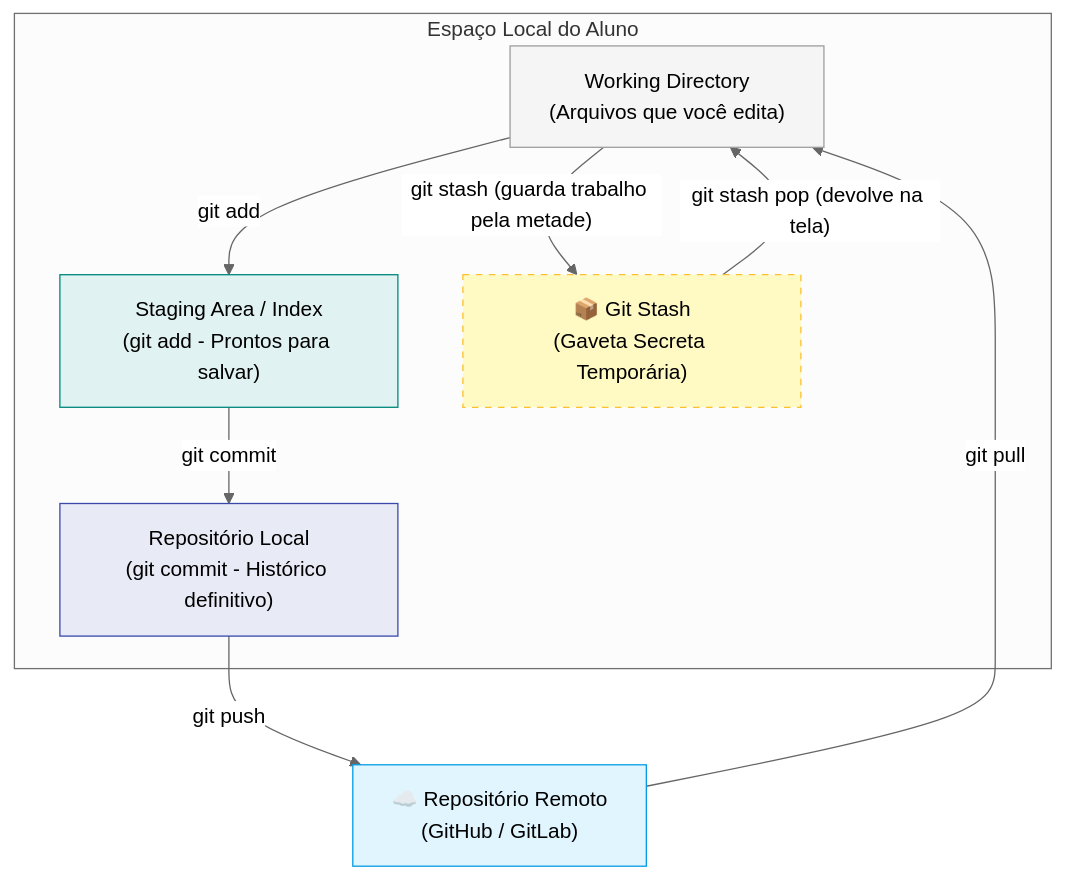
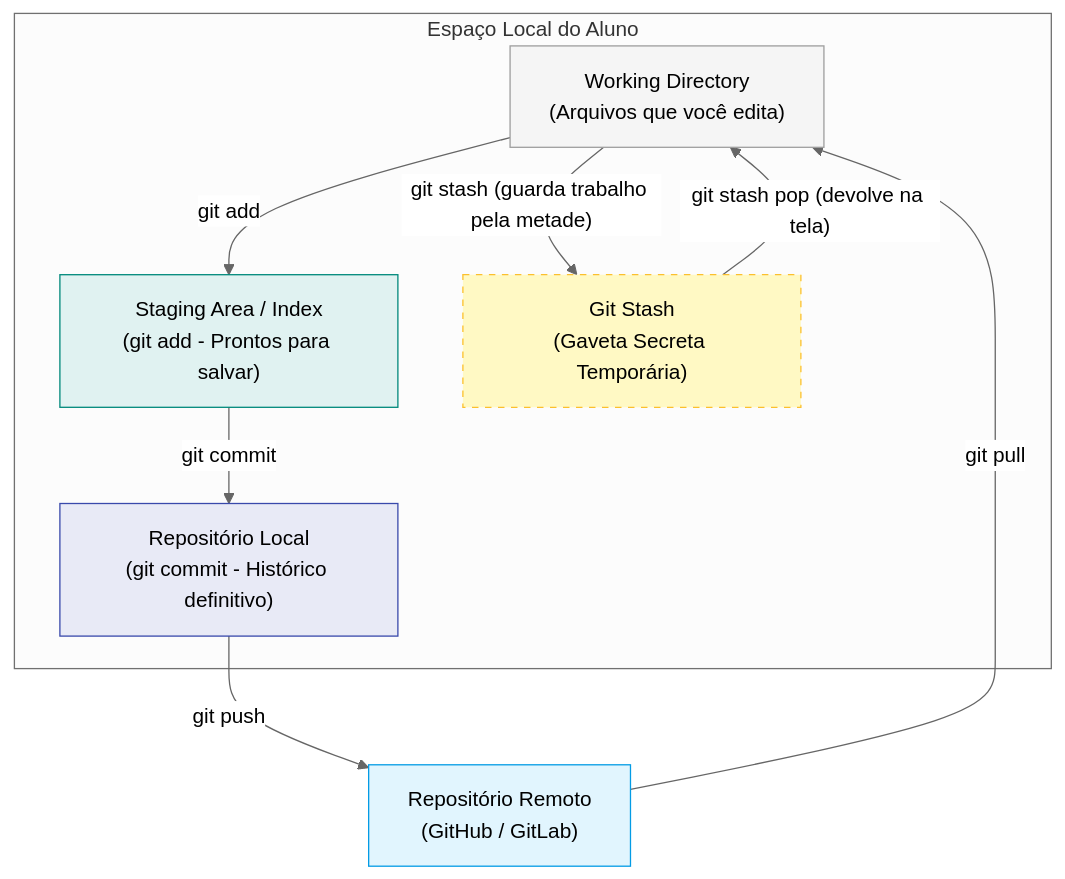
One commit to Fiinnkk/CursoSepeGitAvancado2.0 changed the second of 4 diagrams in docs/FLUXO_CONTEUDO.md. Above: the diagram before and after it, drawn with Mermaid (neutral theme). The commit also changed other lines of this file and 3 other files, not shown here.

````diff
--- a/docs/FLUXO_CONTEUDO.md
+++ b/docs/FLUXO_CONTEUDO.md
@@ -29,25 +29,25 @@
 ```mermaid
 flowchart TD
     subgraph Espaço Local do Aluno
         W["Working Directory<br/>(Arquivos que você edita)"]
         S["Staging Area / Index<br/>(git add - Prontos para salvar)"]
         R["Repositório Local<br/>(git commit - Histórico definitivo)"]
-        STASH["📦 Git Stash<br/>(Gaveta Secreta Temporária)"]
+        STASH[" Git Stash<br/>(Gaveta Secreta Temporária)"]
     end
-    
-    REMOTE["☁️ Repositório Remoto<br/>(GitHub / GitLab)"]
+
+    REMOTE[" Repositório Remoto<br/>(GitHub / GitLab)"]
 
     W -- "git add" --> S
     S -- "git commit" --> R
     R -- "git push" --> REMOTE
     REMOTE -- "git pull" --> W
 
     W -- "git stash (guarda trabalho pela metade)" --> STASH
     STASH -- "git stash pop (devolve na tela)" --> W
-    
+
     style STASH fill:#fff9c4,stroke:#fbc02d,stroke-dasharray: 5 5;
     style W fill:#f5f5f5,stroke:#9e9e9e;
     style S fill:#e0f2f1,stroke:#00897b;
     style R fill:#e8eaf6,stroke:#3949ab;
     style REMOTE fill:#e1f5fe,stroke:#039be5;
 ```
````
